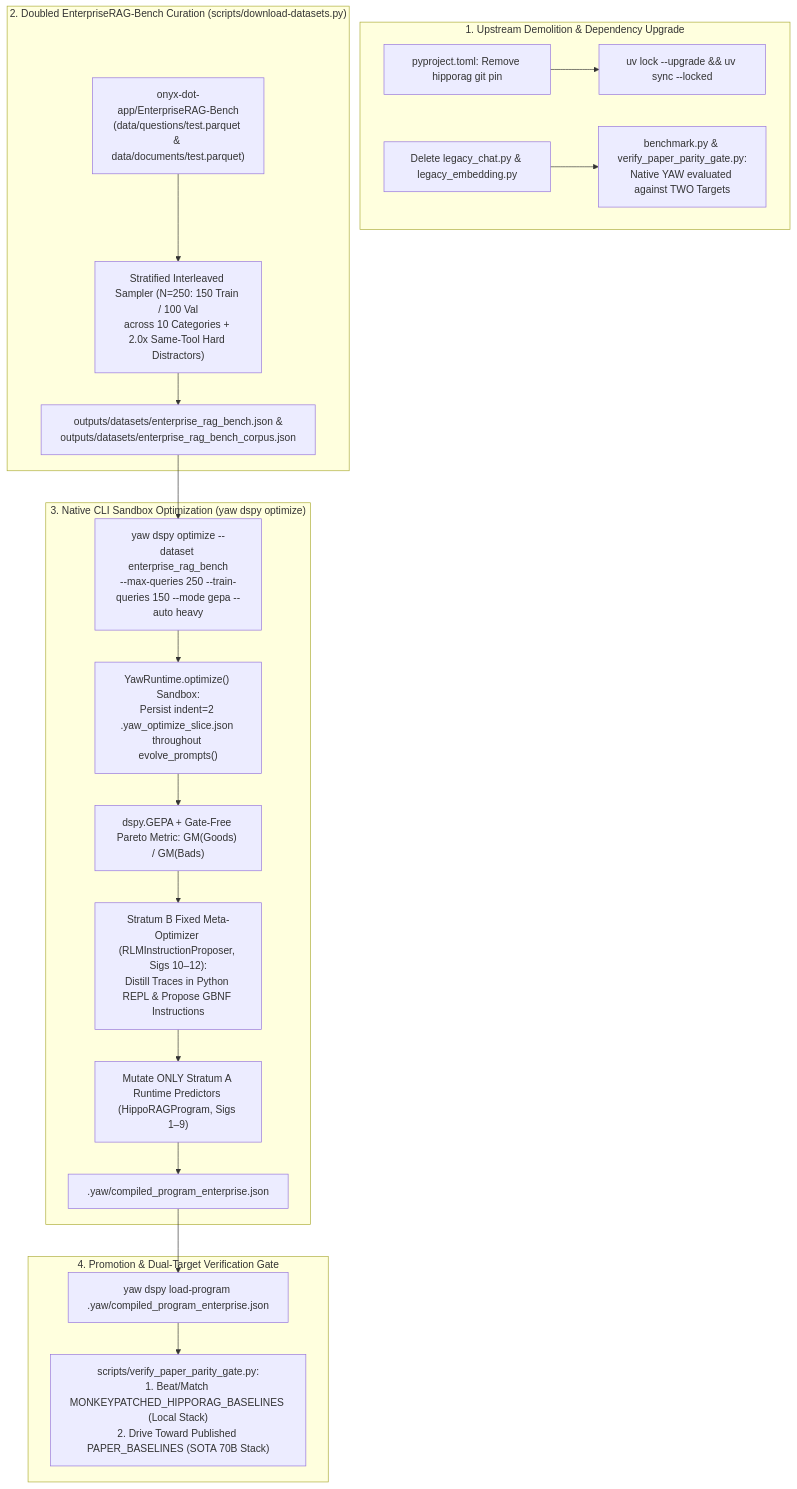
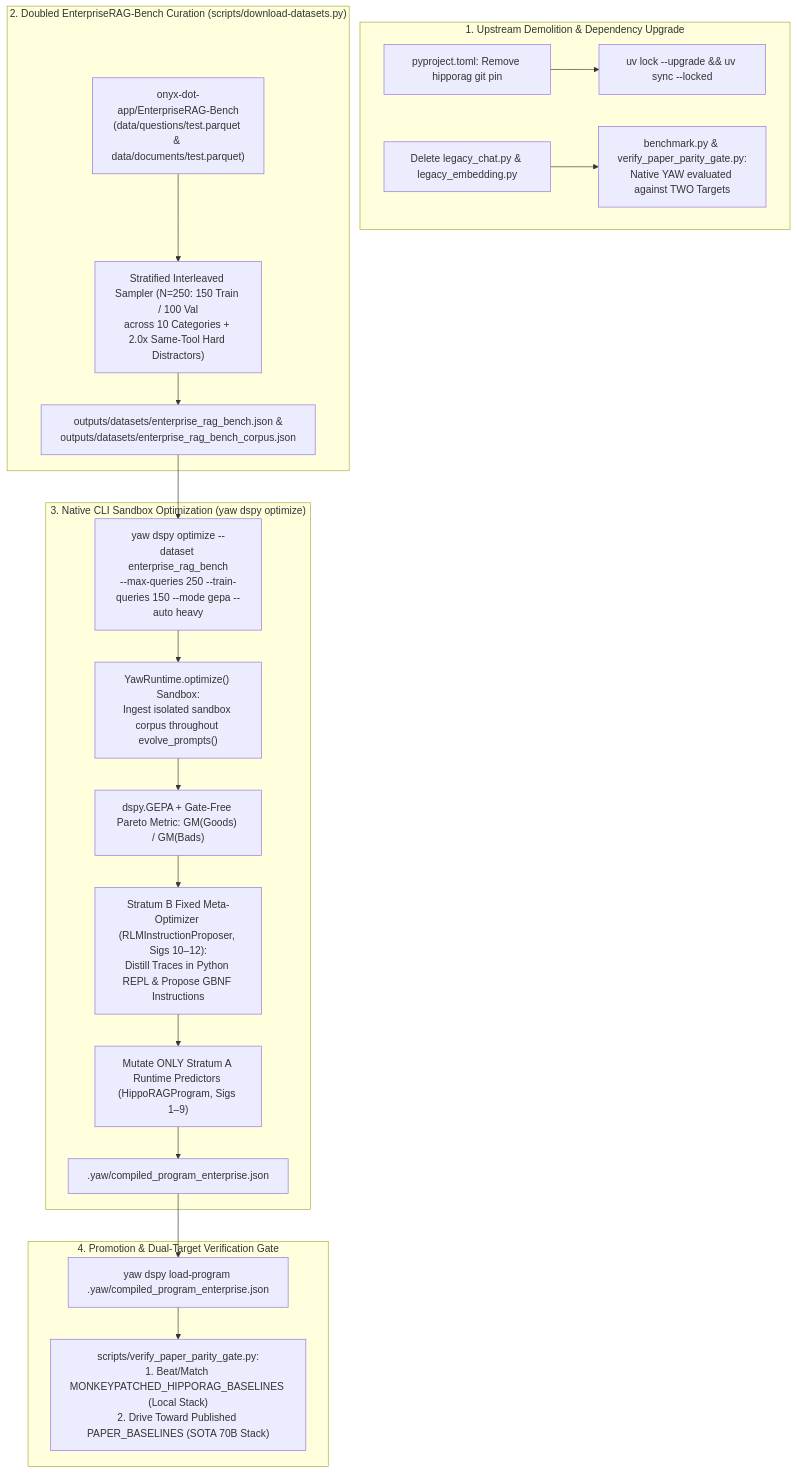
Before and after one commit to negatrait/yaw: the diagram in docs/enterprise-rag-bench-training-plan.md, drawn with Mermaid. The commit also changed other lines of this file and 83 other files, not shown here.

Commit message:
refactor(daemon): consolidate graph/storage/inference modules, arithmetic-mean task scoring, and canon specs

````diff
--- a/docs/enterprise-rag-bench-training-plan.md
+++ b/docs/enterprise-rag-bench-training-plan.md
@@ -34,26 +34,26 @@
 ```mermaid
 flowchart TD
     subgraph Demolition ["1. Upstream Demolition & Dependency Upgrade"]
         PYPROJ["pyproject.toml: Remove hipporag git pin"] --> UVUP["uv lock --upgrade && uv sync --locked"]
         DEL_LEGACY["Delete legacy_chat.py & legacy_embedding.py"] --> NATIVE_BENCH["benchmark.py & verify_paper_parity_gate.py:<br/>Native YAW evaluated against TWO Targets"]
     end
 
     subgraph DataCuration ["2. Doubled EnterpriseRAG-Bench Curation (scripts/download-datasets.py)"]
         HF["onyx-dot-app/EnterpriseRAG-Bench<br/>(data/questions/test.parquet & data/documents/test.parquet)"] --> STRAT["Stratified Interleaved Sampler (N=250: 150 Train / 100 Val<br/>across 10 Categories + 2.0x Same-Tool Hard Distractors)"]
         STRAT --> OUT_DS["outputs/datasets/enterprise_rag_bench.json &<br/>outputs/datasets/enterprise_rag_bench_corpus.json"]
     end
 
     subgraph NativeCLI ["3. Native CLI Sandbox Optimization (yaw dspy optimize)"]
         OUT_DS --> CLI_OPT["yaw dspy optimize --dataset enterprise_rag_bench<br/>--max-queries 250 --train-queries 150 --mode gepa --auto heavy"]
-        CLI_OPT --> SANDBOX["YawRuntime.optimize() Sandbox:<br/>Persist indent=2 .yaw_optimize_slice.json throughout evolve_prompts()"]
+        CLI_OPT --> SANDBOX["YawRuntime.optimize() Sandbox:<br/>Ingest isolated sandbox corpus throughout evolve_prompts()"]
         SANDBOX --> GEPA["dspy.GEPA + Gate-Free Pareto Metric: GM(Goods) / GM(Bads)"]
         GEPA --> PROPOSER["Stratum B Fixed Meta-Optimizer (RLMInstructionProposer, Sigs 10–12):<br/>Distill Traces in Python REPL & Propose GBNF Instructions"]
         PROPOSER --> TARGETS["Mutate ONLY Stratum A Runtime Predictors (HippoRAGProgram, Sigs 1–9)"]
         TARGETS --> ARTIFACT[".yaw/compiled_program_enterprise.json"]
     end
 
     subgraph DualTargetGate ["4. Promotion & Dual-Target Verification Gate"]
         ARTIFACT --> LOAD["yaw dspy load-program .yaw/compiled_program_enterprise.json"]
         LOAD --> GATE["scripts/verify_paper_parity_gate.py:<br/>1. Beat/Match MONKEYPATCHED_HIPPORAG_BASELINES (Local Stack)<br/>2. Drive Toward Published PAPER_BASELINES (SOTA 70B Stack)"]
     end
 ```
````
